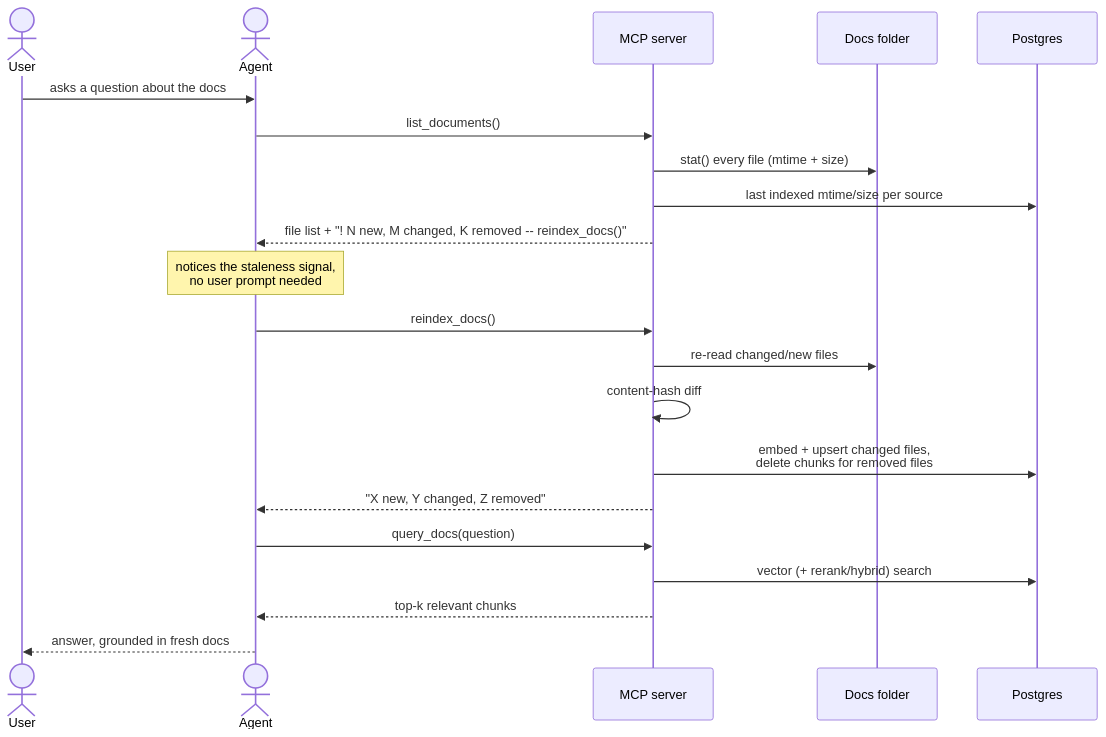
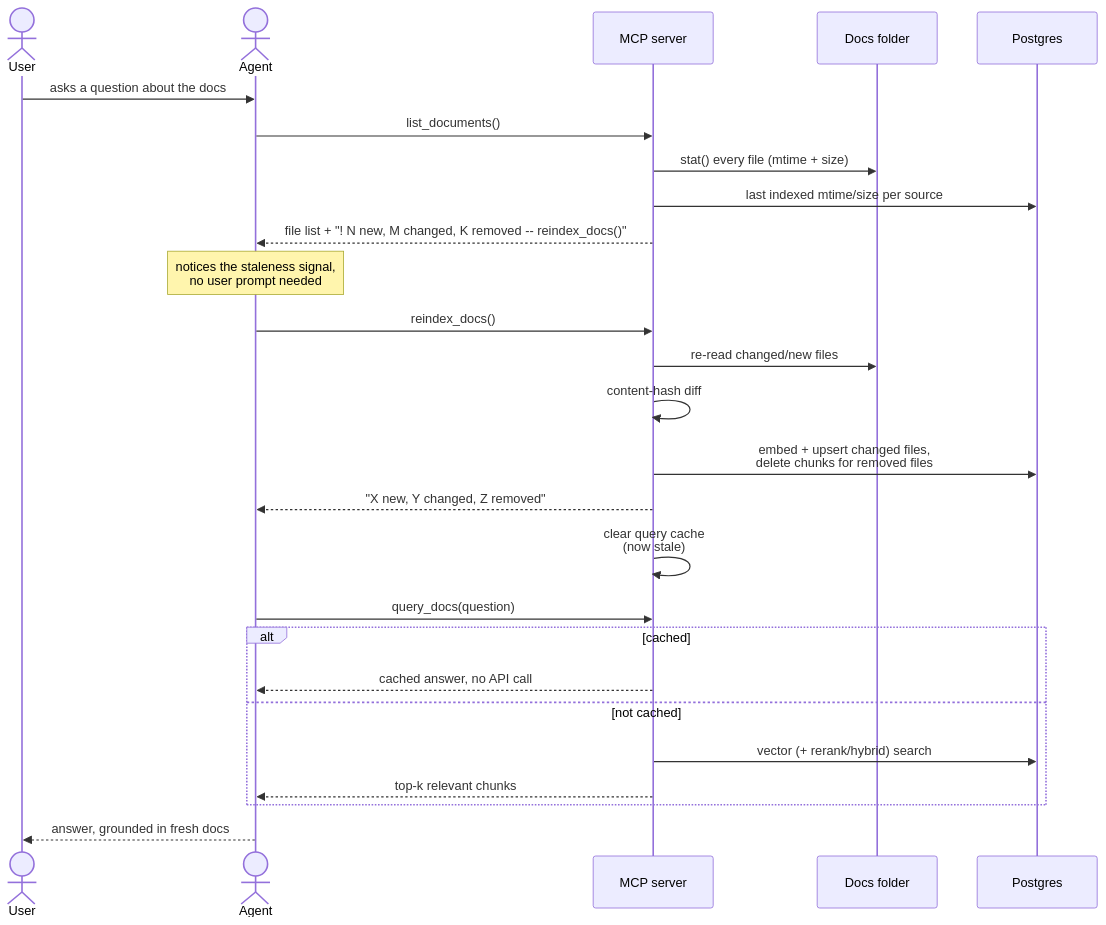
Before and after one commit to theniitettey/doc-rag-mcp: the third of 3 diagrams in README.md, drawn with Mermaid.

Commit message:
Show cache clear/hit-miss in the staleness sequence diagram

````diff
--- a/README.md
+++ b/README.md
@@ -67,24 +67,29 @@
 ```mermaid
 sequenceDiagram
     actor User
     actor Agent
     participant Server as MCP server
     participant FS as Docs folder
     participant DB as Postgres
 
     User->>Agent: asks a question about the docs
     Agent->>Server: list_documents()
     Server->>FS: stat() every file (mtime + size)
     Server->>DB: last indexed mtime/size per source
     Server-->>Agent: file list + "! N new, M changed, K removed -- reindex_docs()"
     Note over Agent: notices the staleness signal,<br/>no user prompt needed
     Agent->>Server: reindex_docs()
     Server->>FS: re-read changed/new files
     Server->>Server: content-hash diff
     Server->>DB: embed + upsert changed files,<br/>delete chunks for removed files
     Server-->>Agent: "X new, Y changed, Z removed"
+    Server->>Server: clear query cache<br/>(now stale)
     Agent->>Server: query_docs(question)
-    Server->>DB: vector (+ rerank/hybrid) search
-    Server-->>Agent: top-k relevant chunks
+    alt cached
+        Server-->>Agent: cached answer, no API call
+    else not cached
+        Server->>DB: vector (+ rerank/hybrid) search
+        Server-->>Agent: top-k relevant chunks
+    end
     Agent-->>User: answer, grounded in fresh docs
 ```
````
